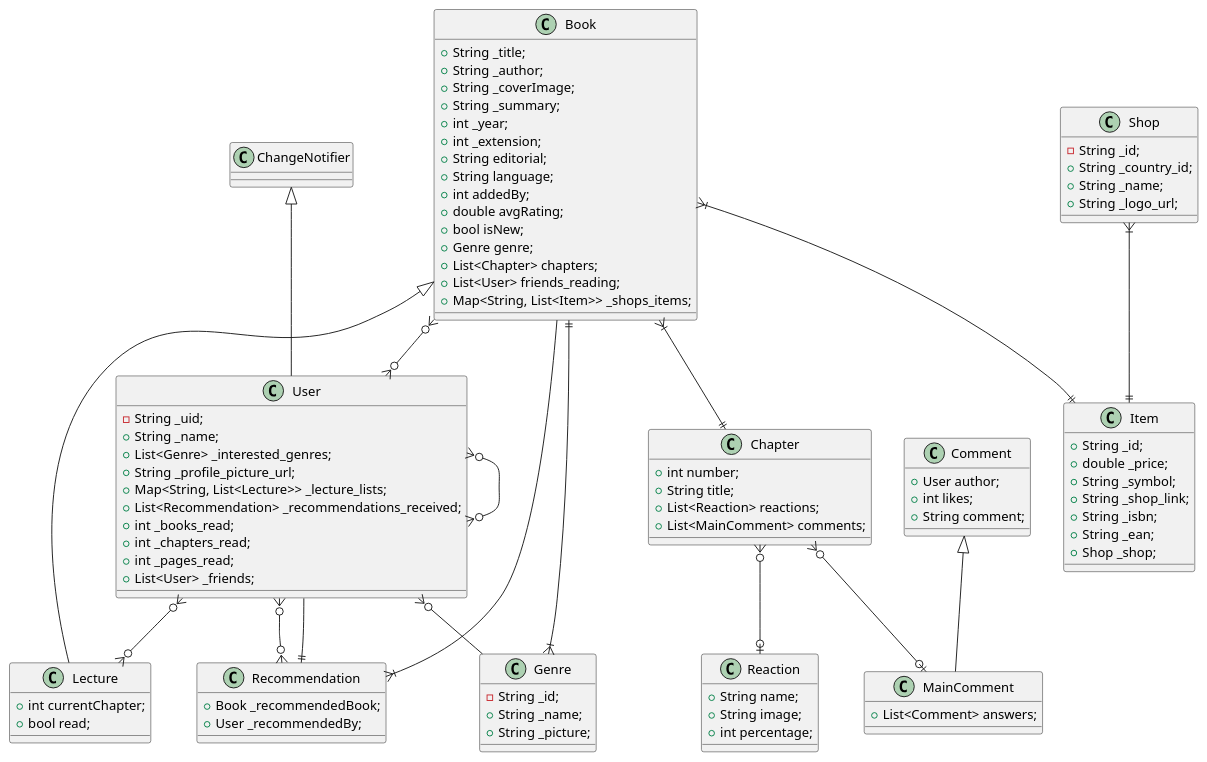
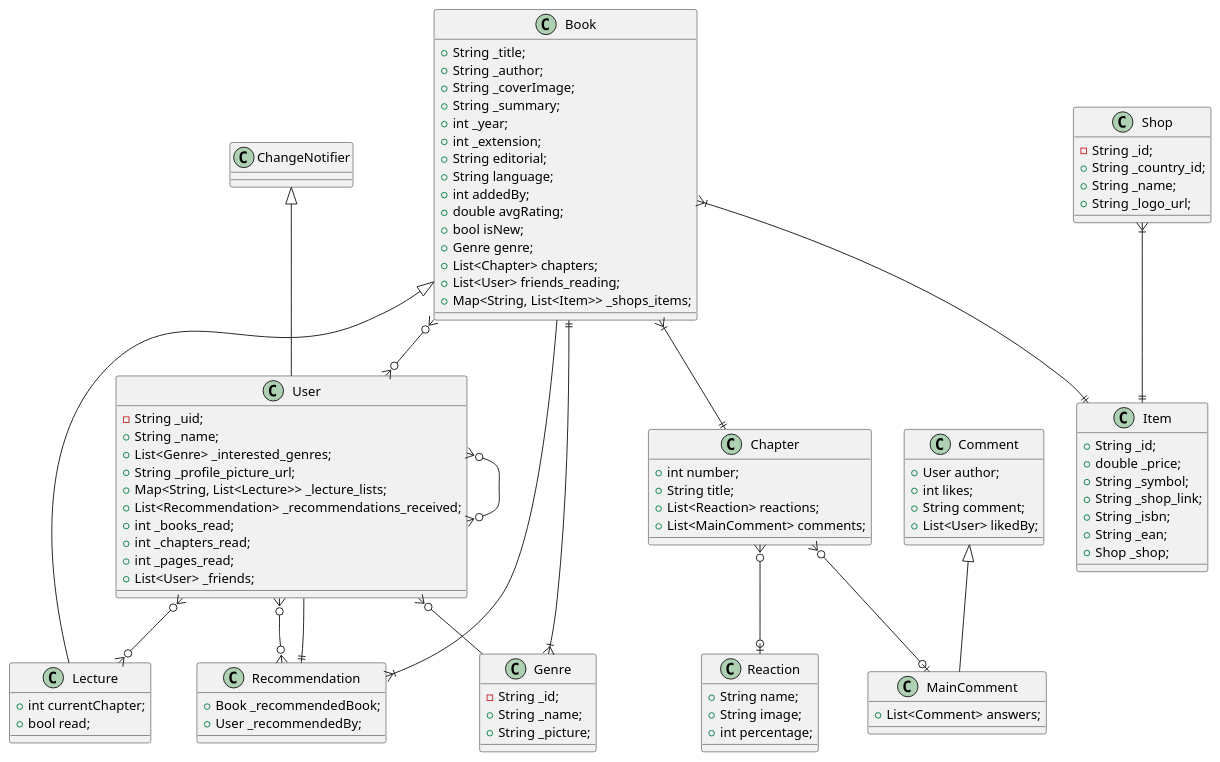
Before and after one commit to Wayabook/BookifyMultiplatformApp: the diagram in UML.puml, drawn with PlantUML. The commit also changed 6 other files, not shown here.

```diff
--- a/UML.puml
+++ b/UML.puml
@@ -1,112 +1,113 @@
 @startuml
 Book }|--|| Chapter
 Book }o--o{ User
 Book }|--|| Item
 Book ||--|{ Genre
 Chapter }o--o| Reaction
 Chapter }o--o| MainComment
 Shop }|--|| Item
 Recommendation }|-- Book
 Recommendation ||-- User
 User }o-- Genre
 User }o--o{ Lecture
 User }o--o{ Recommendation
 User }o--o{ User
 
 
 
 class Book {
   + String _title;
   + String _author;
   + String _coverImage;
   + String _summary;
   + int _year;
   + int _extension;
   + String editorial;
   + String language;
   + int addedBy;
   + double avgRating;
   + bool isNew;
   + Genre genre;
   + List<Chapter> chapters;
   + List<User> friends_reading;
   + Map<String, List<Item>> _shops_items;
 }
 
 class Chapter{
 
   + int number;
   + String title;
   + List<Reaction> reactions;
   + List<MainComment> comments;
 }
 
 class Comment {
   + User author;
   + int likes;
   + String comment;
+  + List<User> likedBy;
 }
 
 class Genre {
   - String _id;
   + String _name;
   + String _picture;
 }
 
 class Item{
   + String _id;
   + double _price;
   + String _symbol;
   + String _shop_link;
   + String _isbn;
   + String _ean;
   + Shop _shop;
 }
 
 class Lecture extends Book{
 
   + int currentChapter;
   + bool read;
 }
 
 class MainComment extends Comment{
   + List<Comment> answers;
 }
 
 class Reaction {
   + String name;
   + String image;
   + int percentage;
 }
 
 class Recommendation {
 
   + Book _recommendedBook;
   + User _recommendedBy;
 }
 
 class Shop {
   - String _id;
   + String _country_id;
   + String _name;
   + String _logo_url;
 }
 
 class User extends ChangeNotifier{
 
   - String _uid;
   + String _name;
   + List<Genre> _interested_genres;
   + String _profile_picture_url;
   + Map<String, List<Lecture>> _lecture_lists;
   + List<Recommendation> _recommendations_received;
   + int _books_read;
   + int _chapters_read;
   + int _pages_read;
   + List<User> _friends;
 }
 
 
 
 
 @enduml
```
